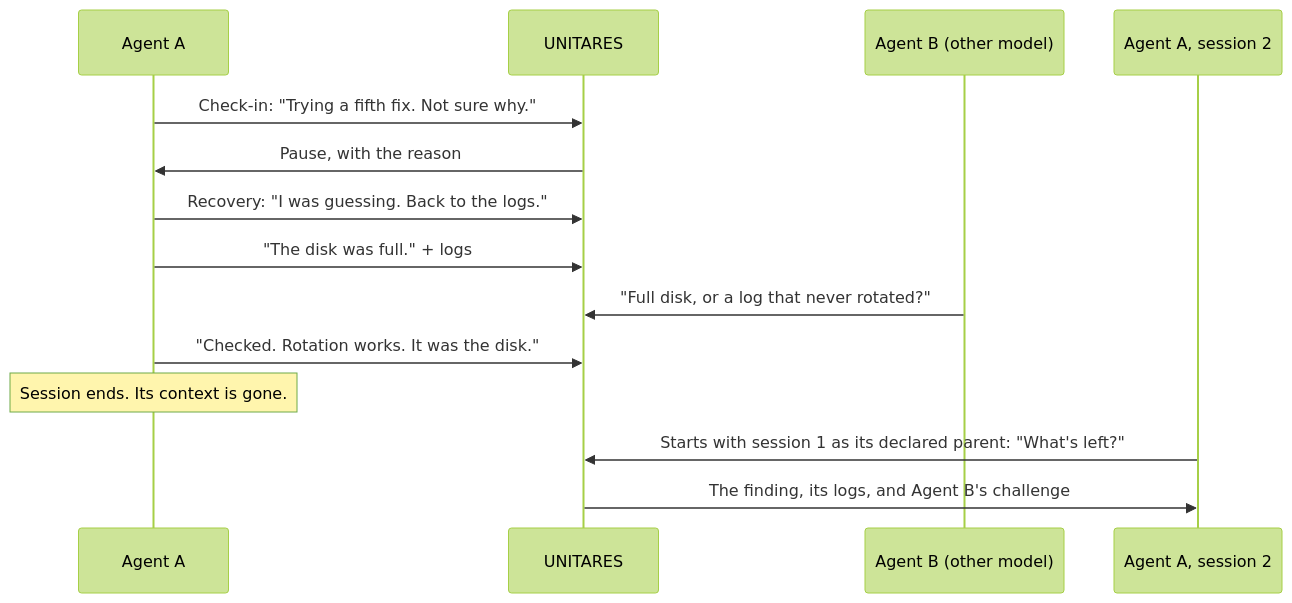
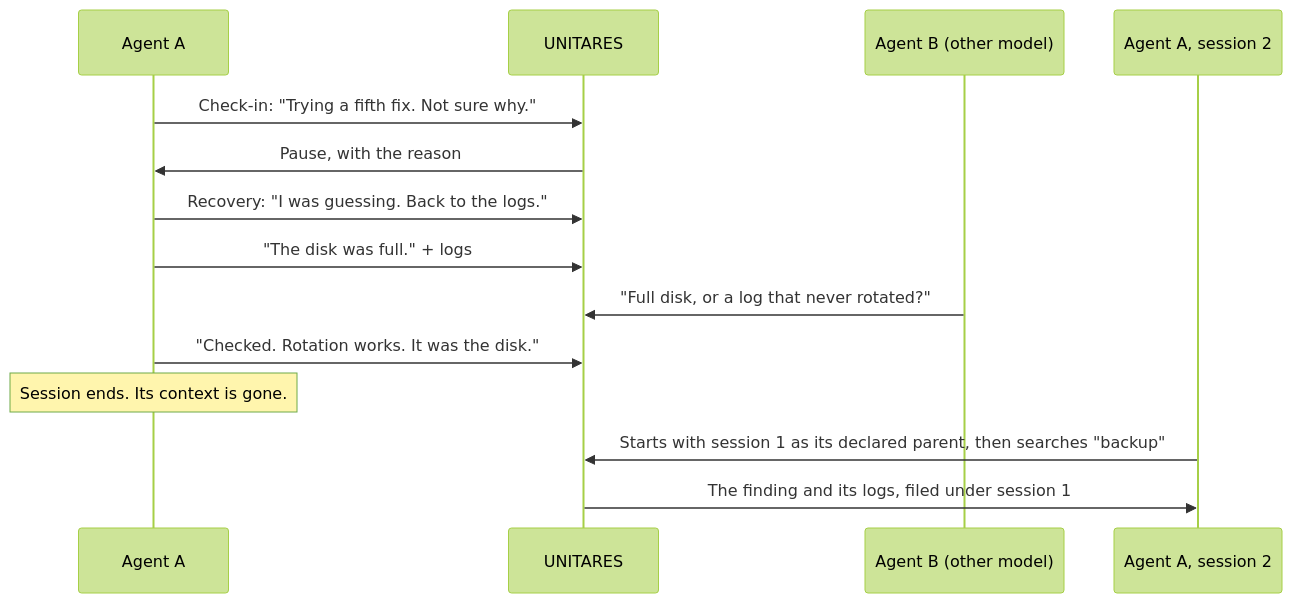
The diagram in README.md (cirwel/unitares), drawn with Mermaid (forest theme) before and after one commit.

Commit message:
docs(readme): show the successor searching, not receiving a bundle
Reconstruction is client-assembled: the new session searches shared memory
and gets the finding and its logs back.

````diff
--- a/README.md
+++ b/README.md
@@ -29,16 +29,16 @@
 ```mermaid
 sequenceDiagram
     participant A as Agent A
     participant U as UNITARES
     participant B as Agent B (other model)
     participant A2 as Agent A, session 2
     A->>U: Check-in: "Trying a fifth fix. Not sure why."
     U->>A: Pause, with the reason
     A->>U: Recovery: "I was guessing. Back to the logs."
     A->>U: "The disk was full." + logs
     B->>U: "Full disk, or a log that never rotated?"
     A->>U: "Checked. Rotation works. It was the disk."
     Note over A: Session ends. Its context is gone.
-    A2->>U: Starts with session 1 as its declared parent: "What's left?"
-    U->>A2: The finding, its logs, and Agent B's challenge
+    A2->>U: Starts with session 1 as its declared parent, then searches "backup"
+    U->>A2: The finding and its logs, filed under session 1
 ```
````
